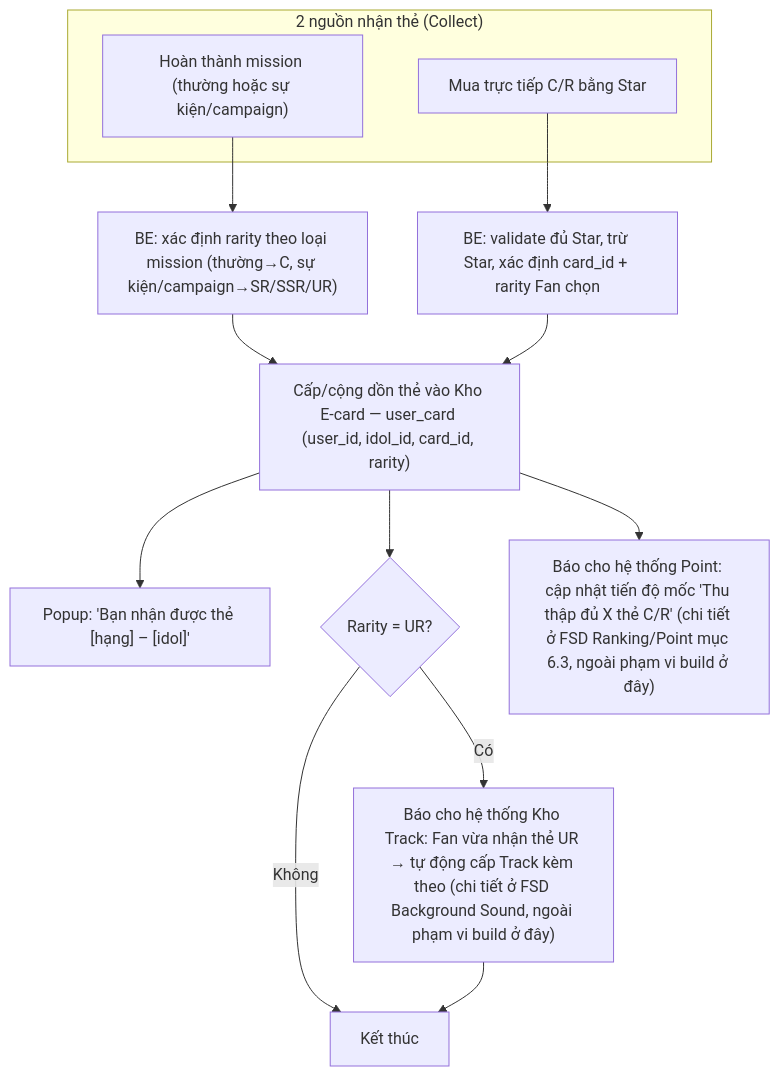
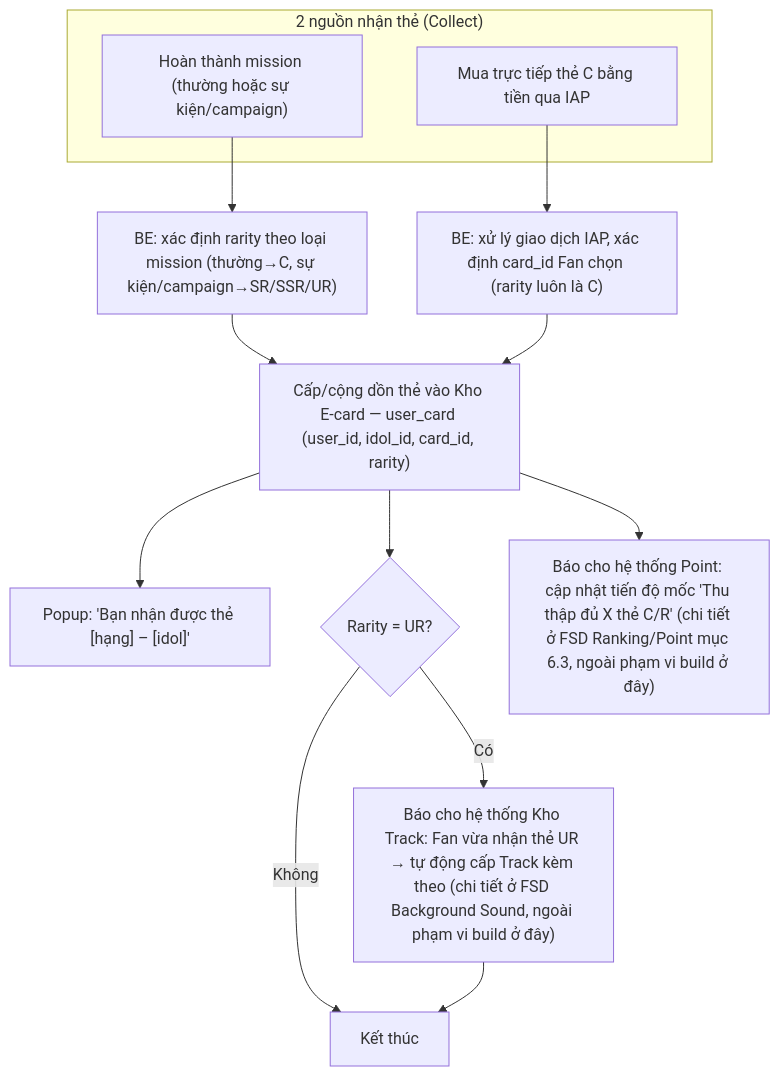
One commit to chrishieu/fana-analysis changed the first of 3 diagrams in FSD_mvp2_Ecard_Collect_Burn.md. Above: the diagram before and after it, drawn with Mermaid. The commit also changed other lines of this file and 1 other file, not shown here.

````diff
--- a/FSD_mvp2_Ecard_Collect_Burn.md
+++ b/FSD_mvp2_Ecard_Collect_Burn.md
@@ -92,20 +96,20 @@
 ```mermaid
 flowchart TD
     subgraph SRC["2 nguồn nhận thẻ (Collect)"]
         A1["Hoàn thành mission (thường hoặc sự kiện/campaign)"]
-        A2["Mua trực tiếp C/R bằng Star"]
+        A2["Mua trực tiếp thẻ C bằng tiền qua IAP"]
     end
 
     A1 --> B["BE: xác định rarity theo loại mission (thường→C, sự kiện/campaign→SR/SSR/UR)"]
-    A2 --> C["BE: validate đủ Star, trừ Star, xác định card_id + rarity Fan chọn"]
+    A2 --> C["BE: xử lý giao dịch IAP, xác định card_id Fan chọn (rarity luôn là C)"]
 
     B --> E["Cấp/cộng dồn thẻ vào Kho E-card — user_card (user_id, idol_id, card_id, rarity)"]
     C --> E
 
     E --> F["Popup: 'Bạn nhận được thẻ [hạng] – [idol]'"]
     E --> G{"Rarity = UR?"}
     G -- Có --> H["Báo cho hệ thống Kho Track: Fan vừa nhận thẻ UR → tự động cấp Track kèm theo (chi tiết ở FSD Background Sound, ngoài phạm vi build ở đây)"]
     G -- Không --> I["Kết thúc"]
     H --> I
     E --> J["Báo cho hệ thống Point: cập nhật tiến độ mốc 'Thu thập đủ X thẻ C/R' (chi tiết ở FSD Ranking/Point mục 6.3, ngoài phạm vi build ở đây)"]
 ```
````
